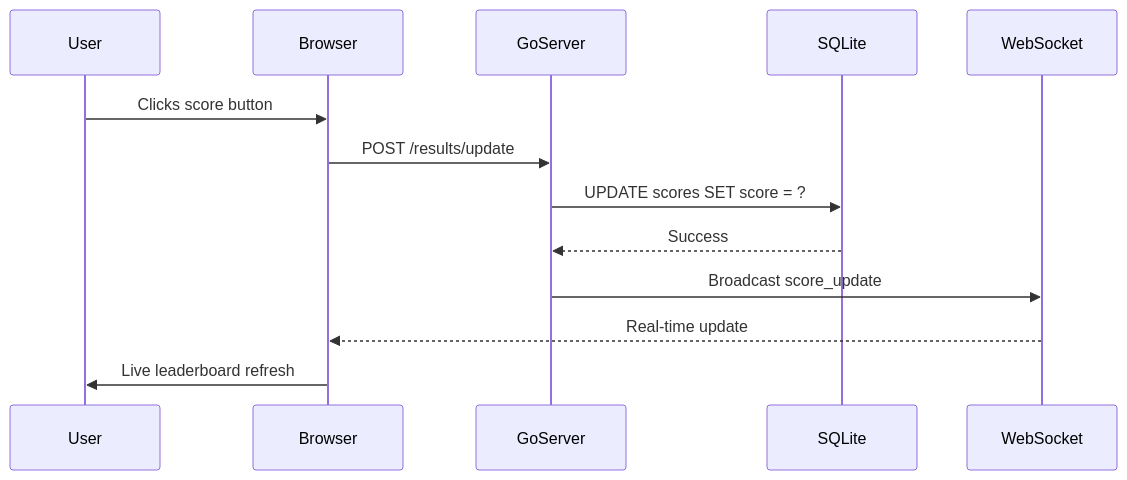
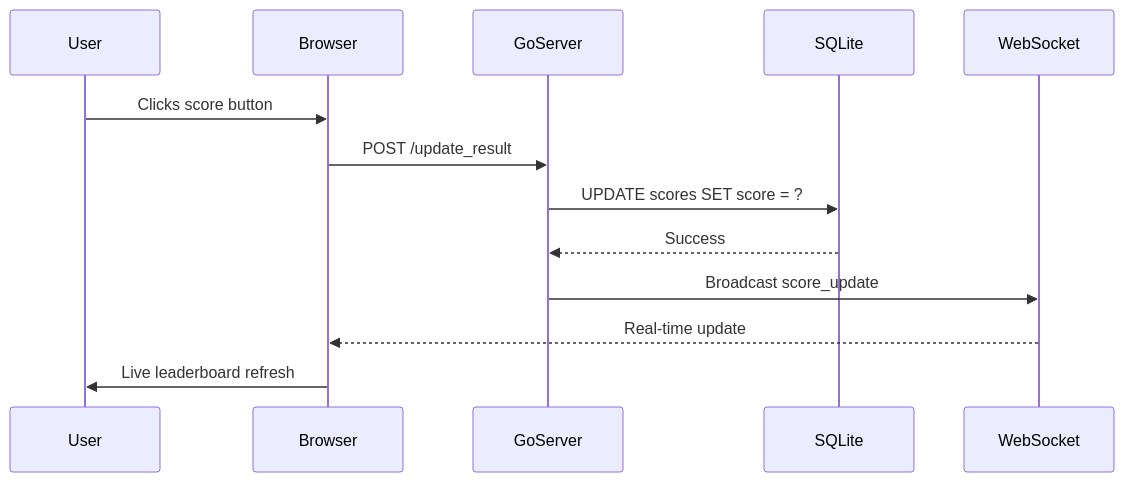
Before and after one commit to lavantien/llm-tournament: the third of 4 diagrams in README.md, drawn with Mermaid. The commit also changed other lines of this file, not shown here.

````diff
--- a/README.md
+++ b/README.md
@@ -175,16 +175,16 @@
 ```mermaid
 sequenceDiagram
     participant User
     participant Browser
     participant GoServer
     participant SQLite
     participant WebSocket
 
     User->>Browser: Clicks score button
-    Browser->>GoServer: POST /results/update
+    Browser->>GoServer: POST /update_result
     GoServer->>SQLite: UPDATE scores SET score = ?
     SQLite-->>GoServer: Success
     GoServer->>WebSocket: Broadcast score_update
     WebSocket-->>Browser: Real-time update
     Browser->>User: Live leaderboard refresh
 ```
````
